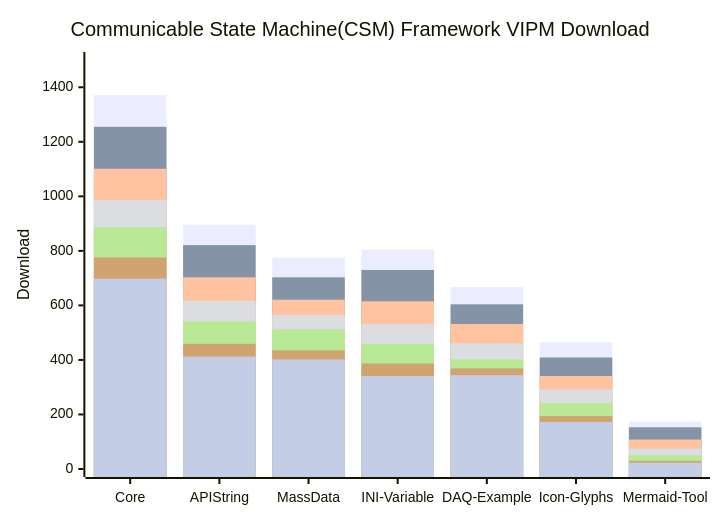
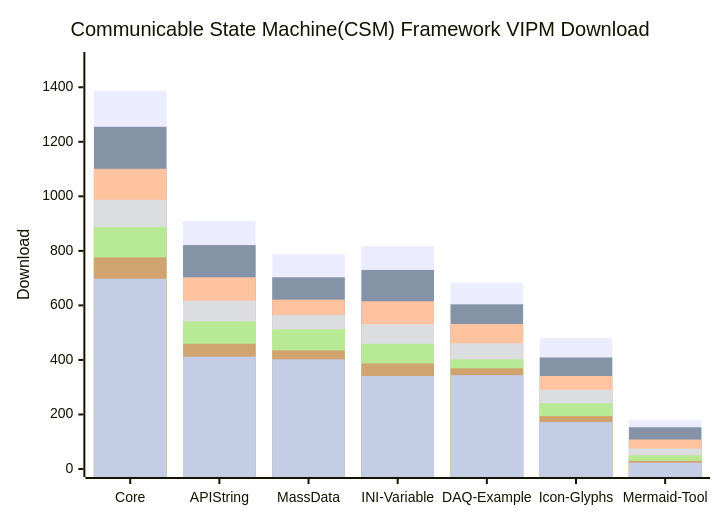
The diagram in profile/README.md (NEVSTOP-LAB/.github), drawn with Mermaid before and after one commit.

````diff
--- a/profile/README.md
+++ b/profile/README.md
@@ -31,13 +31,13 @@
 ```mermaid
     xychart-beta
     title "Communicable State Machine(CSM) Framework VIPM Download"
     x-axis [Core, API String, MassData, INI-Variable, DAQ-Example, Icon-Glyphs, Mermaid-Tool]
     y-axis "Download" 0 --> 1500
-    bar   [1371, 896, 775, 805, 667, 465, 174]
+    bar   [1387, 910, 788, 817, 683, 481, 180]
     bar   [1255, 821, 703, 730, 604, 409, 153]
     bar   [1101, 703, 621, 615, 532, 341, 108]
     bar   [987, 617, 565, 531, 461, 291, 75]
     bar   [887, 541, 512, 459, 402, 241, 50]
     bar   [776, 459, 435, 387, 369, 194, 30]
     bar   [698, 412, 402, 341, 344, 172, 23]
 ```
````
